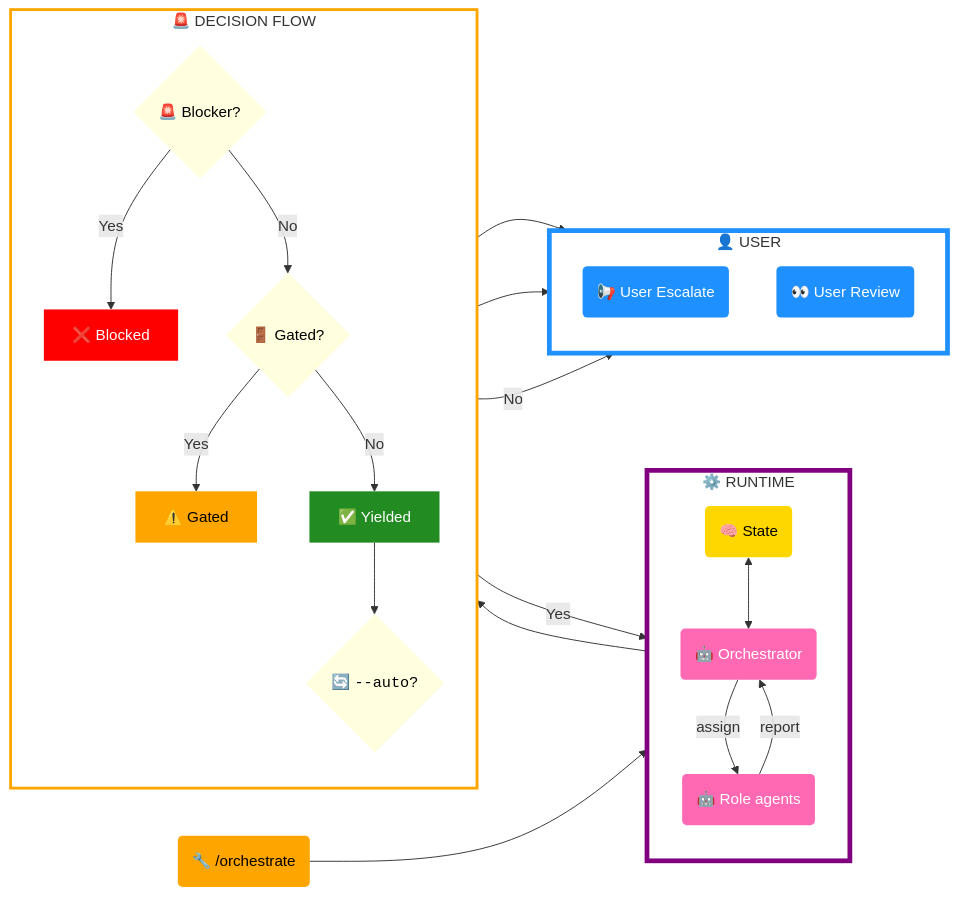
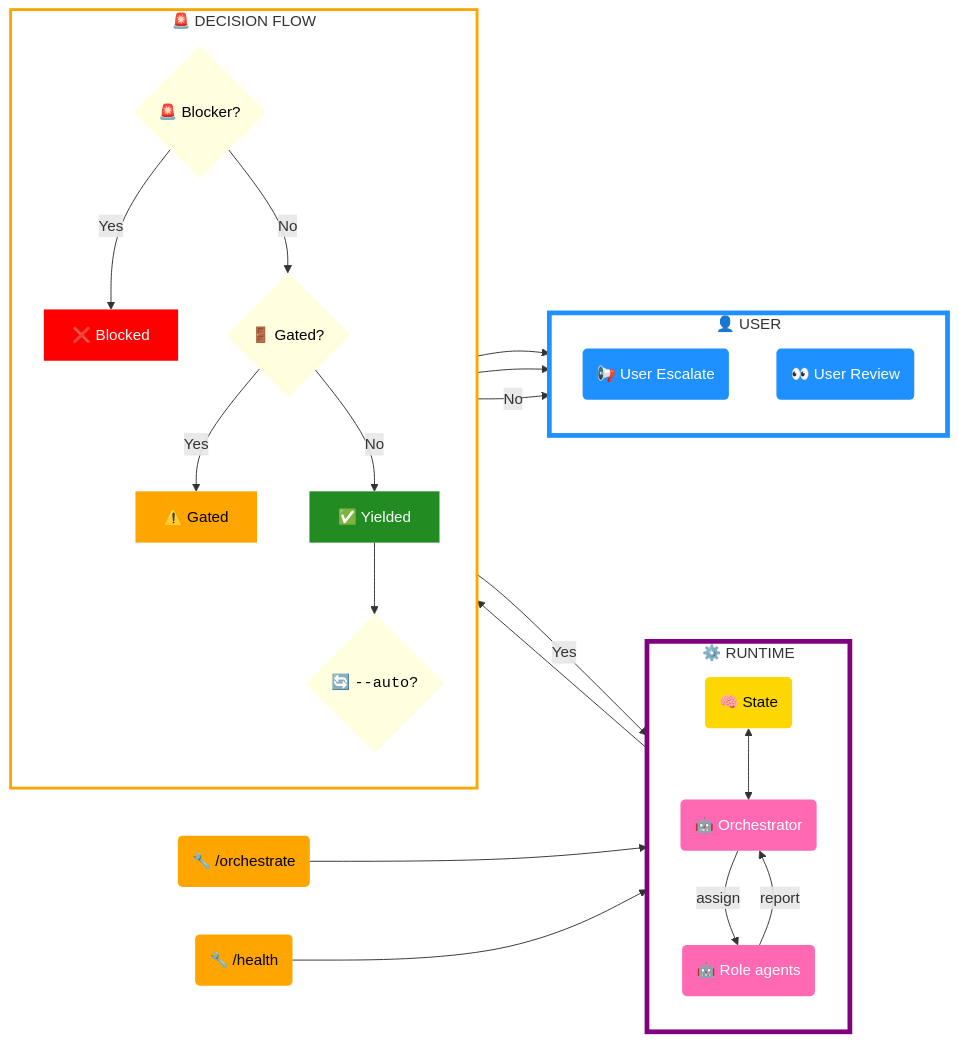
Before and after one commit to votrinhan88/claude-bootstrap: the second of 3 diagrams in diagrams.md, drawn with Mermaid. The commit also changed other lines of this file and 3 other files, not shown here.

````diff
--- a/diagrams.md
+++ b/diagrams.md
@@ -55,60 +55,64 @@
 ```mermaid
 graph LR
     skill-orchestrate("🔧 /orchestrate")
     skill-orchestrate --> orchestrator
     style skill-orchestrate fill:orange,color:black,stroke:none
+
+    skill-health("🔧 /health")
+    skill-health --> state
+    style skill-health fill:orange,color:black,stroke:none
 
     subgraph system["⚙️ RUNTIME"]
         direction TB
         orchestrator("🤖 Orchestrator")
         agent-role("🤖 Role agents")
         state("🧠 State")
 
         orchestrator -->|assign| agent-role -->|report| orchestrator
         state <--> orchestrator
 
         style orchestrator fill:hotpink,color:white,stroke:none
         style agent-role fill:hotpink,color:white,stroke:none
         style state fill:gold,color:black,stroke:none
     end
     style system fill:transparent,stroke:purple,stroke-width:5px
     orchestrator --> if-blocked
 
     subgraph decision["🚨 DECISION FLOW"]
         direction TB
         if-blocked{"🚨 Blocker?"}
         if-gated{"🚪 Gated?"}
         if-auto{"🔄 <code style='color:black'>--auto</code>?"}
         outcome-blocked["❌ Blocked"]
         outcome-gated["⚠️ Gated"]
         outcome-yield["✅ Yielded"]
 
         if-blocked -->|Yes| outcome-blocked
         if-blocked -->|No| if-gated
         if-gated -->|Yes| outcome-gated
         if-gated -->|No| outcome-yield
         outcome-yield --> if-auto
         if-auto -->|Yes| orchestrator
 
         style if-blocked fill:lightyellow,color:black,stroke:none
         style if-gated fill:lightyellow,color:black,stroke:none
         style if-auto fill:lightyellow,color:black,stroke:none
         style outcome-blocked fill:red,color:white,stroke:none
         style outcome-gated fill:orange,color:black,stroke:none
         style outcome-yield fill:forestgreen,color:white,stroke:none
     end
     style decision fill:transparent,stroke:orange,stroke-width:3px
     outcome-blocked --> user-escalate
     outcome-gated --> user-review
     if-auto -->|No| user-review
 
     subgraph user["👤 USER"]
         direction TB
         user-review("👀 User Review")
         user-escalate("📢 User Escalate")
 
         style user-review fill:dodgerblue,color:white,stroke:none
         style user-escalate fill:dodgerblue,color:white,stroke:none
     end
     style user fill:transparent,stroke:dodgerblue,stroke-width:5px
 ```
````
